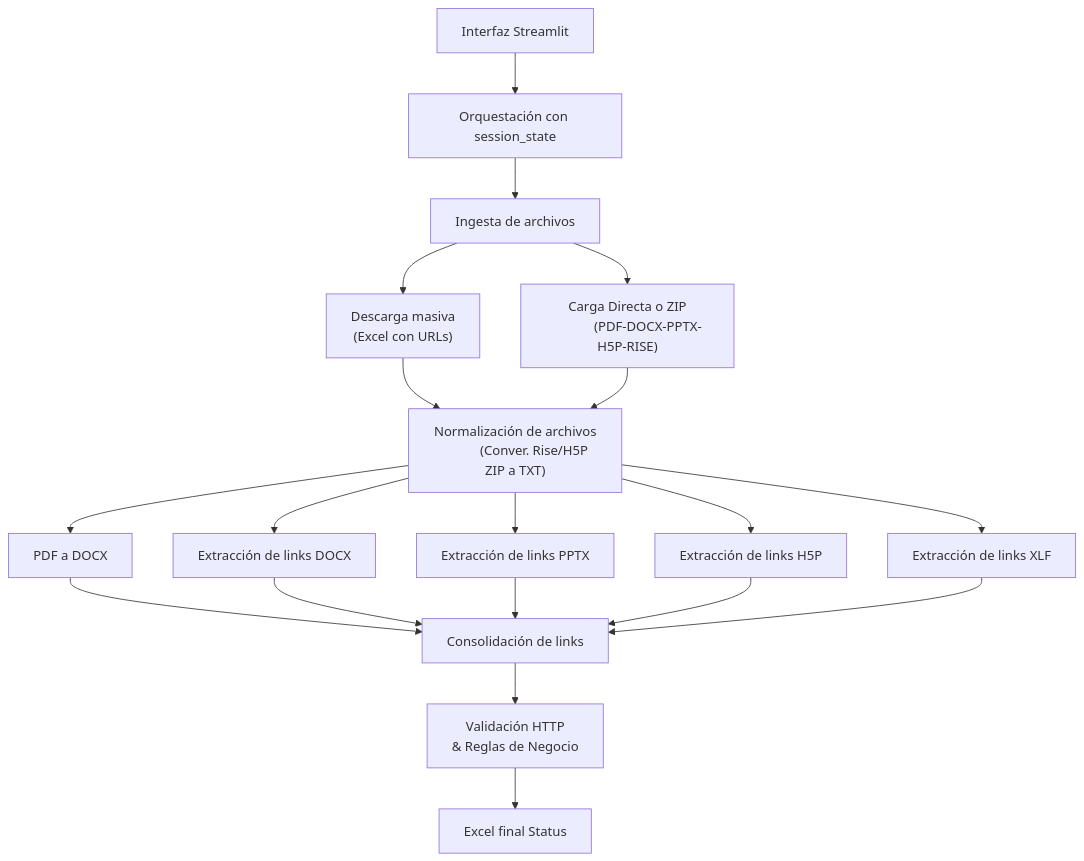
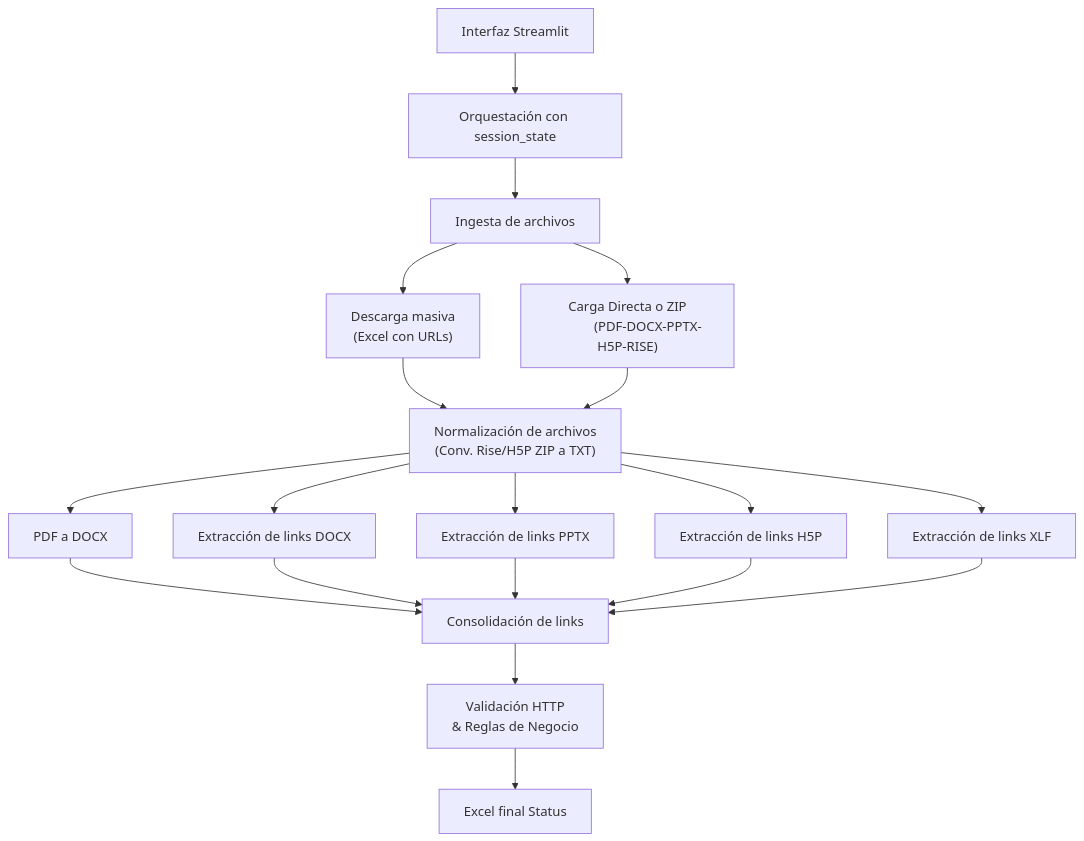
One commit to joseluisantunezcondezo/UTP_Broken_Link_Checker changed the diagram in README.md. Above: the diagram before and after it, drawn with Mermaid.

Commit message:
README.md

````diff
--- a/README.md
+++ b/README.md
@@ -180,25 +180,25 @@
 ```mermaid
 flowchart TD
     A["Interfaz Streamlit"] --> B["Orquestación con session_state"]
     B --> C["Ingesta de archivos"]
     C --> D1["Descarga masiva
               (Excel con URLs)"]
     C --> D2["Carga Directa o ZIP
             (PDF-DOCX-PPTX-H5P-RISE)"]
     D1 --> E["Normalización de archivos
-            (Conver. Rise/H5P ZIP a TXT)"]
+            (Conv. Rise/H5P ZIP a TXT)"]
     D2 --> E
     E --> F1["PDF a DOCX"]
     E --> F2["Extracción de links DOCX"]
     E --> F3[Extracción de links PPTX]
     E --> F4[Extracción de links H5P]
     E --> F5[Extracción de links XLF]
     F1 --> G[Consolidación de links]
     F2 --> G
     F3 --> G
     F4 --> G
     F5 --> G
     G --> H["Validación HTTP
             & Reglas de Negocio"]
     H --> I[Excel final Status]
 ```
````
